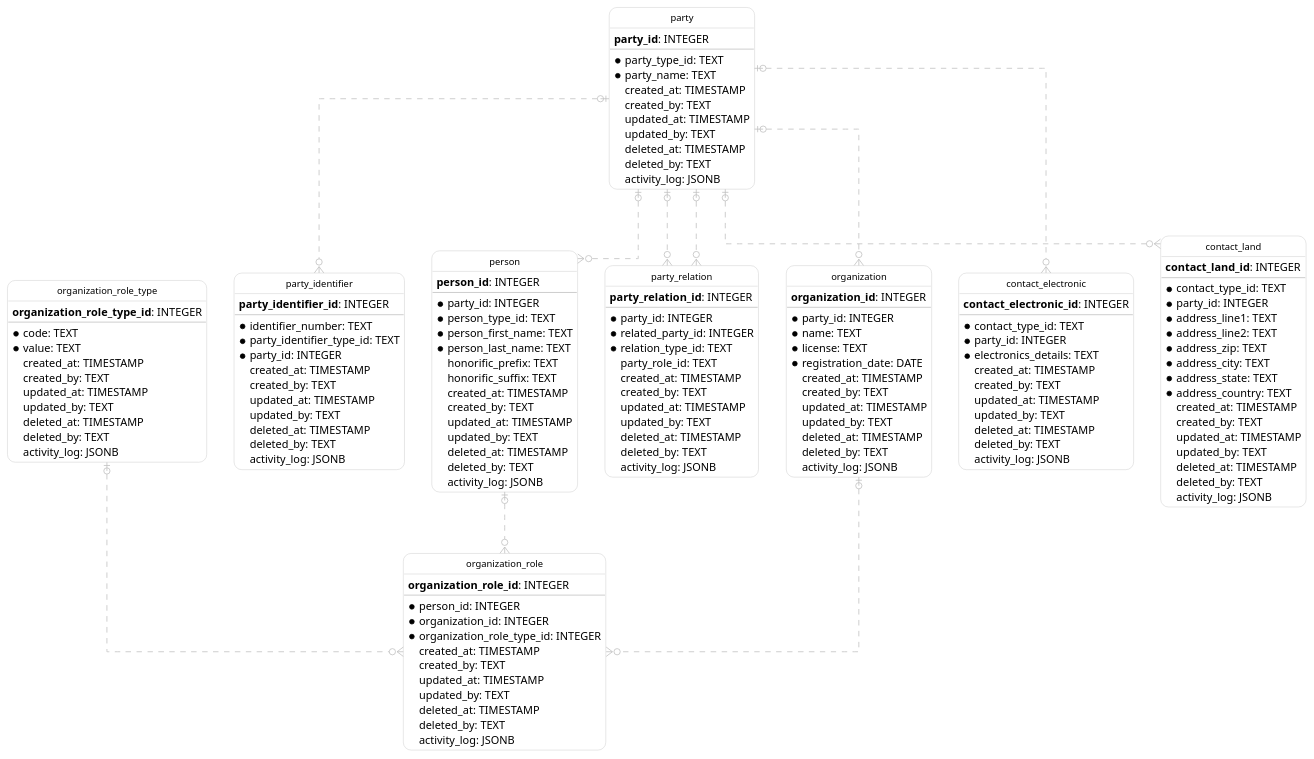
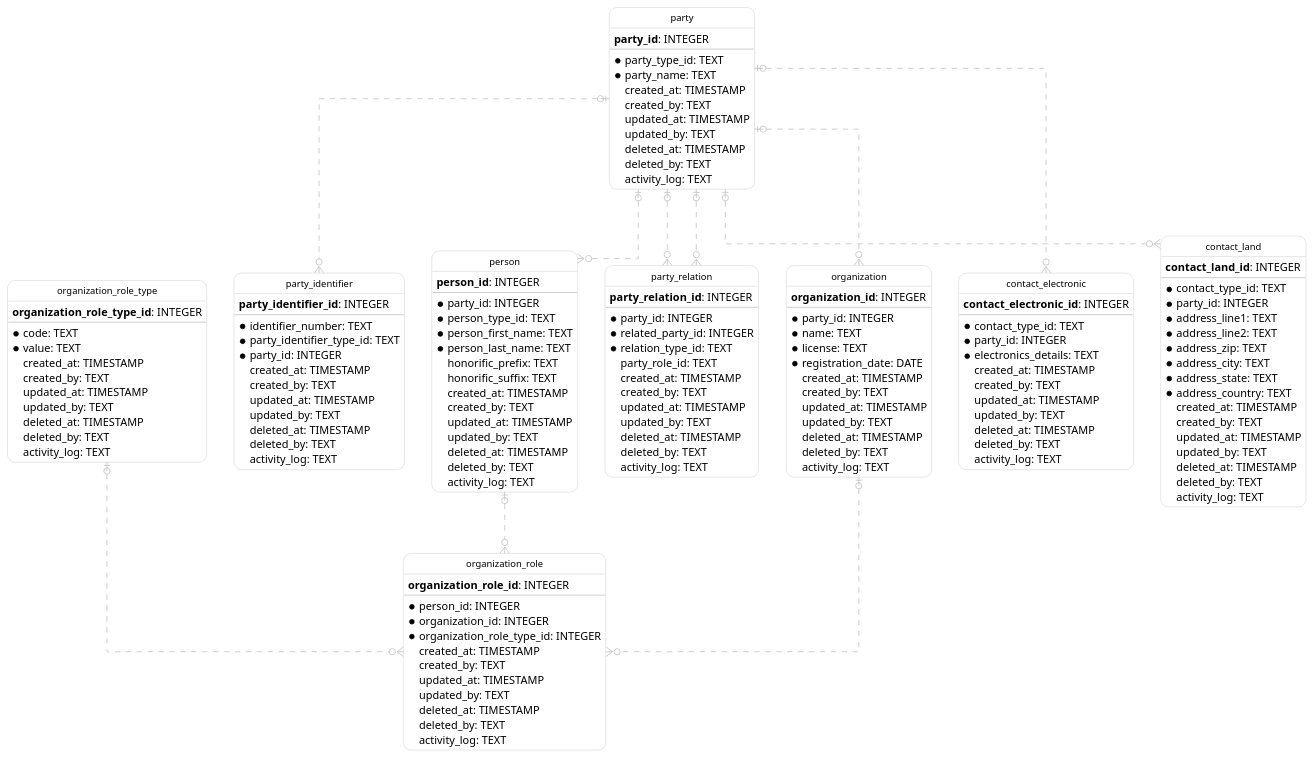
One commit to netspective-labs/sql-aide changed the diagram in pattern/udm/models_test.fixture.puml. Above: the diagram before and after it, drawn with PlantUML. The commit also changed 14 other files, not shown here.

```diff
--- a/pattern/udm/models_test.fixture.puml
+++ b/pattern/udm/models_test.fixture.puml
@@ -1,166 +1,166 @@
 @startuml IE
   hide circle
   skinparam linetype ortho
   skinparam roundcorner 20
   skinparam class {
     BackgroundColor White
     ArrowColor Silver
     BorderColor Silver
     FontColor Black
     FontSize 12
   }
 
   entity "organization_role_type" as organization_role_type {
       **organization_role_type_id**: INTEGER
     --
     * code: TEXT
     * value: TEXT
       created_at: TIMESTAMP
       created_by: TEXT
       updated_at: TIMESTAMP
       updated_by: TEXT
       deleted_at: TIMESTAMP
       deleted_by: TEXT
-      activity_log: JSONB
+      activity_log: TEXT
   }
 
   entity "party" as party {
       **party_id**: INTEGER
     --
     * party_type_id: TEXT
     * party_name: TEXT
       created_at: TIMESTAMP
       created_by: TEXT
       updated_at: TIMESTAMP
       updated_by: TEXT
       deleted_at: TIMESTAMP
       deleted_by: TEXT
-      activity_log: JSONB
+      activity_log: TEXT
   }
 
   entity "party_identifier" as party_identifier {
       **party_identifier_id**: INTEGER
     --
     * identifier_number: TEXT
     * party_identifier_type_id: TEXT
     * party_id: INTEGER
       created_at: TIMESTAMP
       created_by: TEXT
       updated_at: TIMESTAMP
       updated_by: TEXT
       deleted_at: TIMESTAMP
       deleted_by: TEXT
-      activity_log: JSONB
+      activity_log: TEXT
   }
 
   entity "person" as person {
       **person_id**: INTEGER
     --
     * party_id: INTEGER
     * person_type_id: TEXT
     * person_first_name: TEXT
     * person_last_name: TEXT
       honorific_prefix: TEXT
       honorific_suffix: TEXT
       created_at: TIMESTAMP
       created_by: TEXT
       updated_at: TIMESTAMP
       updated_by: TEXT
       deleted_at: TIMESTAMP
       deleted_by: TEXT
-      activity_log: JSONB
+      activity_log: TEXT
   }
 
   entity "party_relation" as party_relation {
       **party_relation_id**: INTEGER
     --
     * party_id: INTEGER
     * related_party_id: INTEGER
     * relation_type_id: TEXT
       party_role_id: TEXT
       created_at: TIMESTAMP
       created_by: TEXT
       updated_at: TIMESTAMP
       updated_by: TEXT
       deleted_at: TIMESTAMP
       deleted_by: TEXT
-      activity_log: JSONB
+      activity_log: TEXT
   }
 
   entity "organization" as organization {
       **organization_id**: INTEGER
     --
     * party_id: INTEGER
     * name: TEXT
     * license: TEXT
     * registration_date: DATE
       created_at: TIMESTAMP
       created_by: TEXT
       updated_at: TIMESTAMP
       updated_by: TEXT
       deleted_at: TIMESTAMP
       deleted_by: TEXT
-      activity_log: JSONB
+      activity_log: TEXT
   }
 
   entity "organization_role" as organization_role {
       **organization_role_id**: INTEGER
     --
     * person_id: INTEGER
     * organization_id: INTEGER
     * organization_role_type_id: INTEGER
       created_at: TIMESTAMP
       created_by: TEXT
       updated_at: TIMESTAMP
       updated_by: TEXT
       deleted_at: TIMESTAMP
       deleted_by: TEXT
-      activity_log: JSONB
+      activity_log: TEXT
   }
 
   entity "contact_electronic" as contact_electronic {
       **contact_electronic_id**: INTEGER
     --
     * contact_type_id: TEXT
     * party_id: INTEGER
     * electronics_details: TEXT
       created_at: TIMESTAMP
       created_by: TEXT
       updated_at: TIMESTAMP
       updated_by: TEXT
       deleted_at: TIMESTAMP
       deleted_by: TEXT
-      activity_log: JSONB
+      activity_log: TEXT
   }
 
   entity "contact_land" as contact_land {
       **contact_land_id**: INTEGER
     --
     * contact_type_id: TEXT
     * party_id: INTEGER
     * address_line1: TEXT
     * address_line2: TEXT
     * address_zip: TEXT
     * address_city: TEXT
     * address_state: TEXT
     * address_country: TEXT
       created_at: TIMESTAMP
       created_by: TEXT
       updated_at: TIMESTAMP
       updated_by: TEXT
       deleted_at: TIMESTAMP
       deleted_by: TEXT
-      activity_log: JSONB
+      activity_log: TEXT
   }
 
   party |o..o{ party_identifier
   party |o..o{ person
   party |o..o{ party_relation
   party |o..o{ party_relation
   party |o..o{ organization
   person |o..o{ organization_role
   organization |o..o{ organization_role
   organization_role_type |o..o{ organization_role
   party |o..o{ contact_electronic
   party |o..o{ contact_land
 @enduml
```
